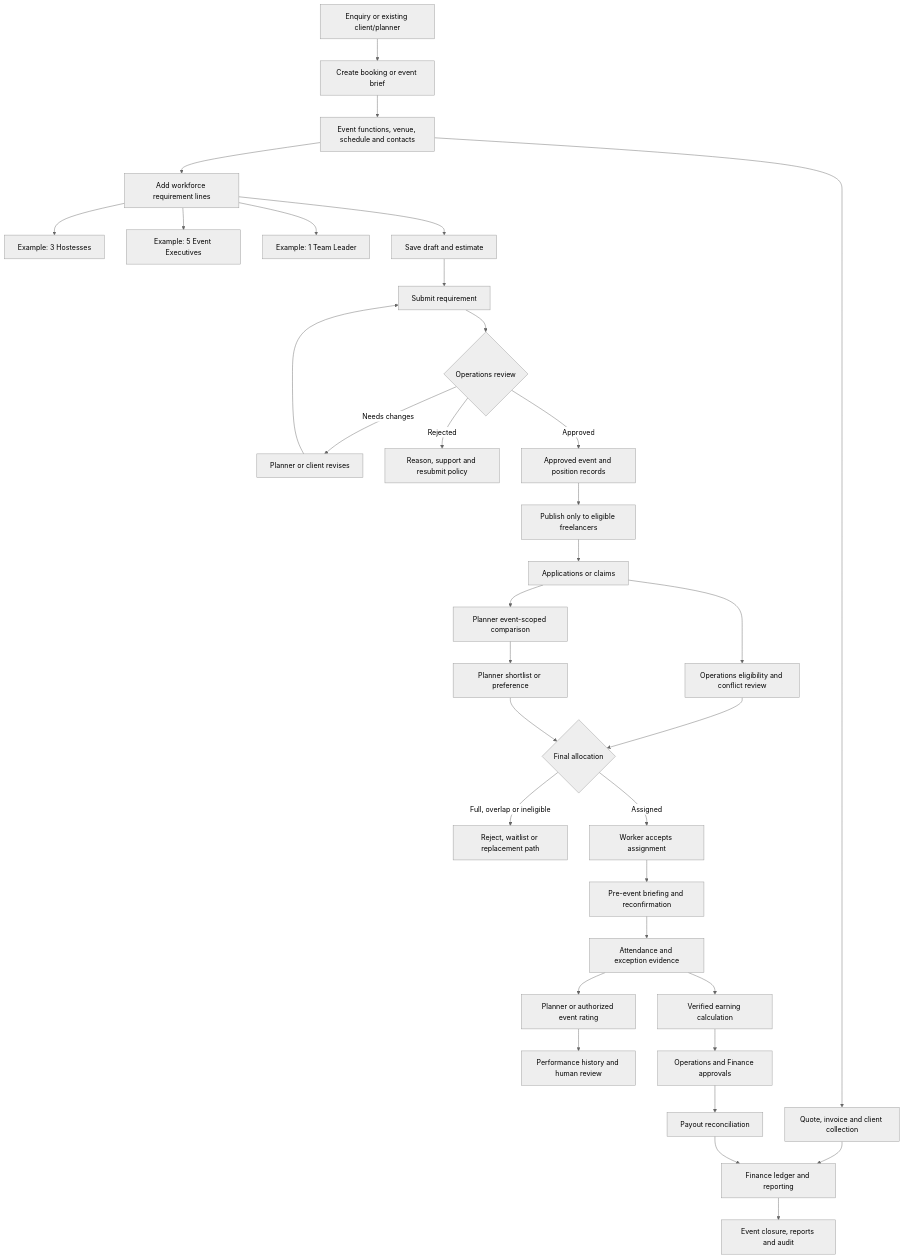
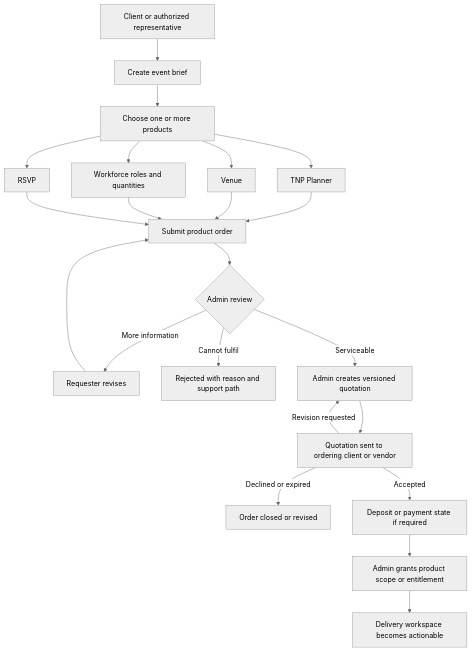
The third of 12 diagrams in docs/PLATFORM-USAGE-WORKFLOW-BLUEPRINT.md (tejas104/TNP-Hospitality), drawn with Mermaid (neutral theme) before and after one commit. The commit also changed other lines of this file and 10 other files, not shown here.

Commit message:
docs: correct TNP product and operating model

````diff
--- a/docs/PLATFORM-USAGE-WORKFLOW-BLUEPRINT.md
+++ b/docs/PLATFORM-USAGE-WORKFLOW-BLUEPRINT.md
@@ -71,36 +73,24 @@
 ```mermaid
 flowchart TD
-    A[Enquiry or existing client/planner] --> B[Create booking or event brief]
-    B --> C[Event functions, venue, schedule and contacts]
-    C --> D[Add workforce requirement lines]
-    D --> D1[Example: 3 Hostesses]
-    D --> D2[Example: 5 Event Executives]
-    D --> D3[Example: 1 Team Leader]
-    D --> E[Save draft and estimate]
-    E --> F[Submit requirement]
-    F --> G{Operations review}
-    G -->|Needs changes| H[Planner or client revises]
-    H --> F
-    G -->|Rejected| I[Reason, support and resubmit policy]
-    G -->|Approved| J[Approved event and position records]
-    J --> K[Publish only to eligible freelancers]
-    K --> L[Applications or claims]
-    L --> M[Planner event-scoped comparison]
-    L --> N[Operations eligibility and conflict review]
-    M --> O[Planner shortlist or preference]
-    N --> P{Final allocation}
-    O --> P
-    P -->|Full, overlap or ineligible| Q[Reject, waitlist or replacement path]
-    P -->|Assigned| R[Worker accepts assignment]
-    R --> S[Pre-event briefing and reconfirmation]
-    S --> T[Attendance and exception evidence]
-    T --> U[Planner or authorized event rating]
-    T --> V[Verified earning calculation]
-    U --> W[Performance history and human review]
-    V --> X[Operations and Finance approvals]
-    X --> Y[Payout reconciliation]
-    C --> Z[Quote, invoice and client collection]
-    Z --> FI[Finance ledger and reporting]
-    Y --> FI
-    FI --> CL[Event closure, reports and audit]
+    A[Client or authorized representative] --> B[Create event brief]
+    B --> C[Choose one or more products]
+    C --> C1[TNP Planner]
+    C --> C2[Venue]
+    C --> C3[Workforce roles and quantities]
+    C --> C4[RSVP]
+    C1 --> D[Submit product order]
+    C2 --> D
+    C3 --> D
+    C4 --> D
+    D --> E{Admin review}
+    E -->|More information| F[Requester revises]
+    F --> D
+    E -->|Cannot fulfil| G[Rejected with reason and support path]
+    E -->|Serviceable| Q[Admin creates versioned quotation]
+    Q --> R[Quotation sent to ordering client or vendor]
+    R -->|Revision requested| Q
+    R -->|Declined or expired| X[Order closed or revised]
+    R -->|Accepted| PAY[Deposit or payment state if required]
+    PAY --> GRANT[Admin grants product scope or entitlement]
+    GRANT --> EXEC[Delivery workspace becomes actionable]
 ```
````
